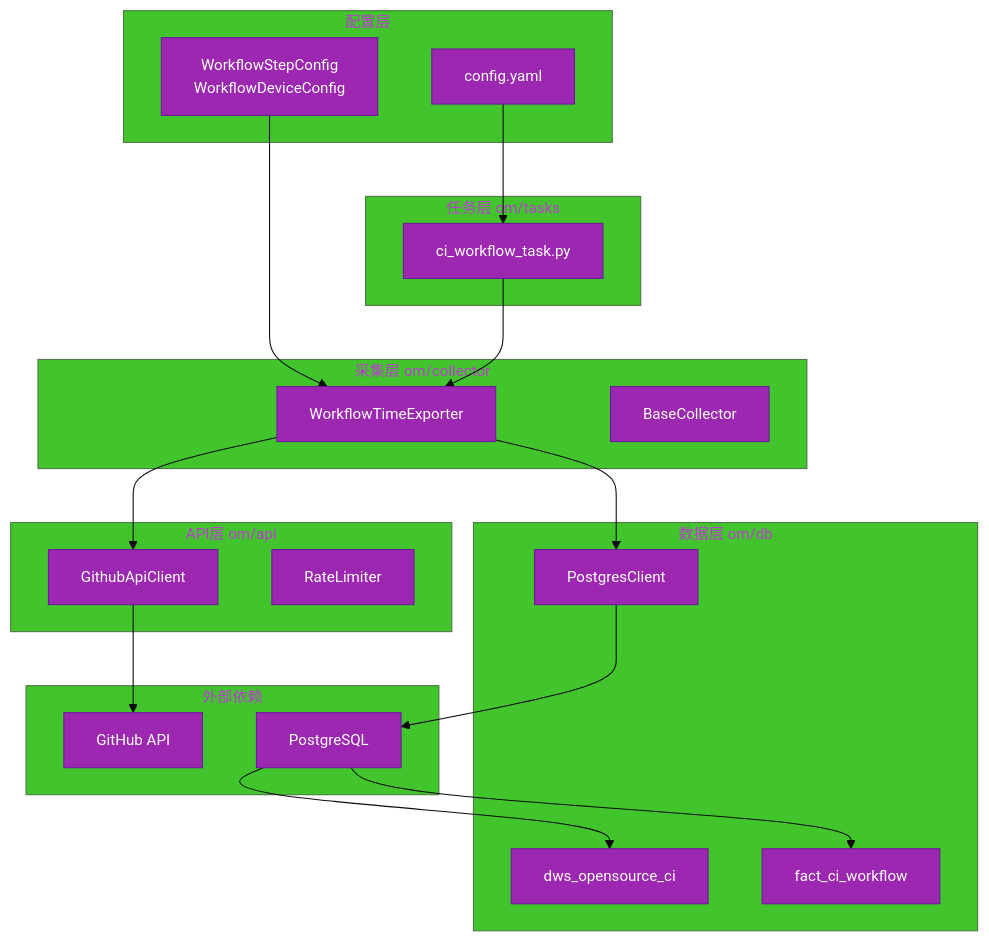
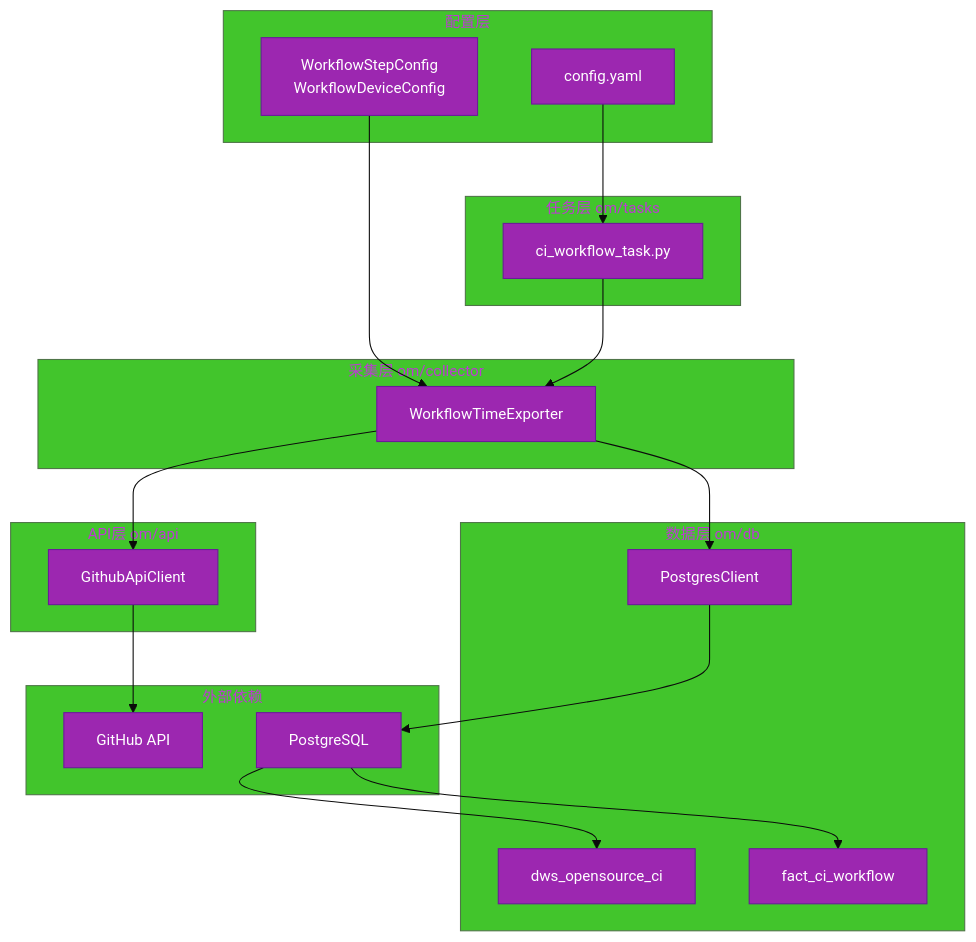
One commit to GeorgeCao-hw/backlog-test changed the first of 2 diagrams in opensourceways/backlog/issue_docs/148/Architecture Desgin/#148 Architecture Design Specification.md. Above: the diagram before and after it, drawn with Mermaid. The commit also changed other lines of this file and 1 other file, not shown here.

````diff
--- a/opensourceways/backlog/issue_docs/148/Architecture Desgin/#148 Architecture Design Specification.md
+++ b/opensourceways/backlog/issue_docs/148/Architecture Desgin/#148 Architecture Design Specification.md
@@ -20,51 +26,49 @@
 ```mermaid
 %%{init: {
   'theme': 'base',
   'themeVariables': {
     'primaryColor': '#9c27b0',
     'primaryBorderColor': '#6a1b9a',
     'primaryTextColor': '#ffffff',
     'fontSize': '14px'
   }
 }}%%
 graph TB
     subgraph "配置层"
         Config["config.yaml"]
         Models["WorkflowStepConfig<br/>WorkflowDeviceConfig"]
     end
 
     subgraph "任务层 om/tasks"
         Task["ci_workflow_task.py"]
     end
 
     subgraph "采集层 om/collector"
         Collector["WorkflowTimeExporter"]
-        BaseCollector["BaseCollector"]
     end
 
     subgraph "API层 om/api"
         GithubAPI["GithubApiClient"]
-        RateLimiter["RateLimiter"]
     end
 
     subgraph "数据层 om/db"
         PostgresClient["PostgresClient"]
         DwsTable["dws_opensource_ci"]
         FactTable["fact_ci_workflow"]
     end
 
     subgraph "外部依赖"
         GitHub["GitHub API"]
         PG["PostgreSQL"]
     end
 
     Config --> Task
     Models --> Collector
     Task --> Collector
     Collector --> GithubAPI
     GithubAPI --> GitHub
     Collector --> PostgresClient
     PostgresClient --> PG
     PG --> FactTable
     PG --> DwsTable
 ```
````
